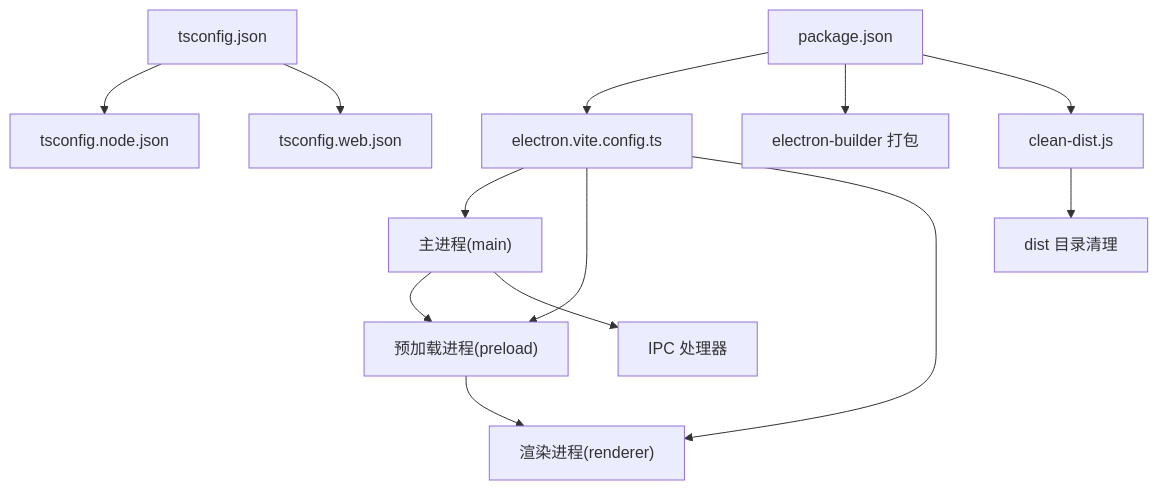
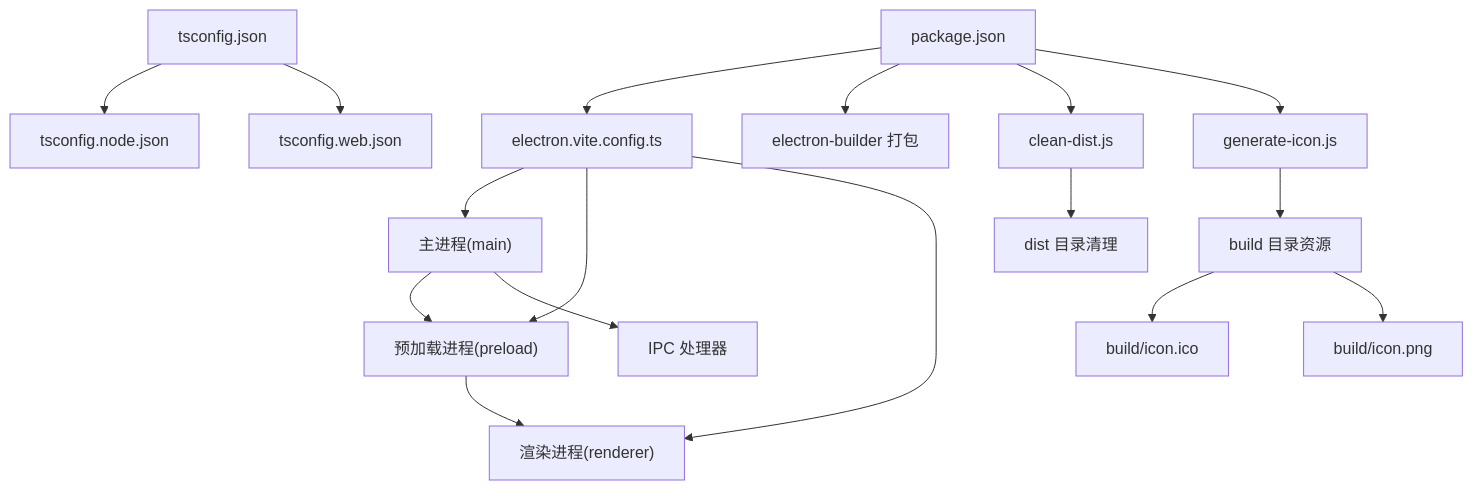
One commit to remgasuki/ReDoPhoto changed the ninth of 9 diagrams in .qoder/repowiki/zh/content/配置与部署/构建配置.md. Above: the diagram before and after it, drawn with Mermaid. The commit also changed other lines of this file and 23 other files, not shown here.

````diff
--- a/.qoder/repowiki/zh/content/配置与部署/构建配置.md
+++ b/.qoder/repowiki/zh/content/配置与部署/构建配置.md
@@ -391,15 +468,19 @@
 ```mermaid
 graph TB
 EVC["electron.vite.config.ts"] --> MAIN["主进程(main)"]
 EVC --> PRELOAD["预加载进程(preload)"]
 EVC --> RENDERER["渲染进程(renderer)"]
 TSC["tsconfig.json"] --> TSN["tsconfig.node.json"]
 TSC --> TSW["tsconfig.web.json"]
 PKG["package.json"] --> EVC
 PKG --> BUILD["electron-builder 打包"]
 PKG --> CLEAN["clean-dist.js"]
+PKG --> ICON["generate-icon.js"]
 CLEAN --> DIST["dist 目录清理"]
+ICON --> BUILDRES["build 目录资源"]
+BUILDRES --> WINICON["build/icon.ico"]
+BUILDRES --> PNGICON["build/icon.png"]
 MAIN --> PRELOAD
 PRELOAD --> RENDERER
 MAIN --> IPC["IPC 处理器"]
 ```
````
